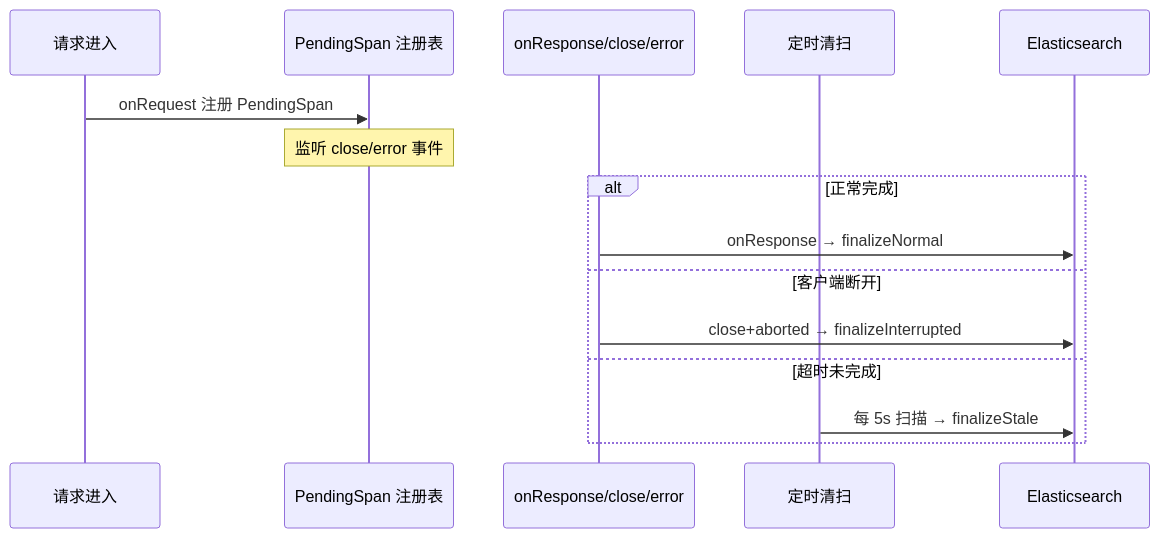
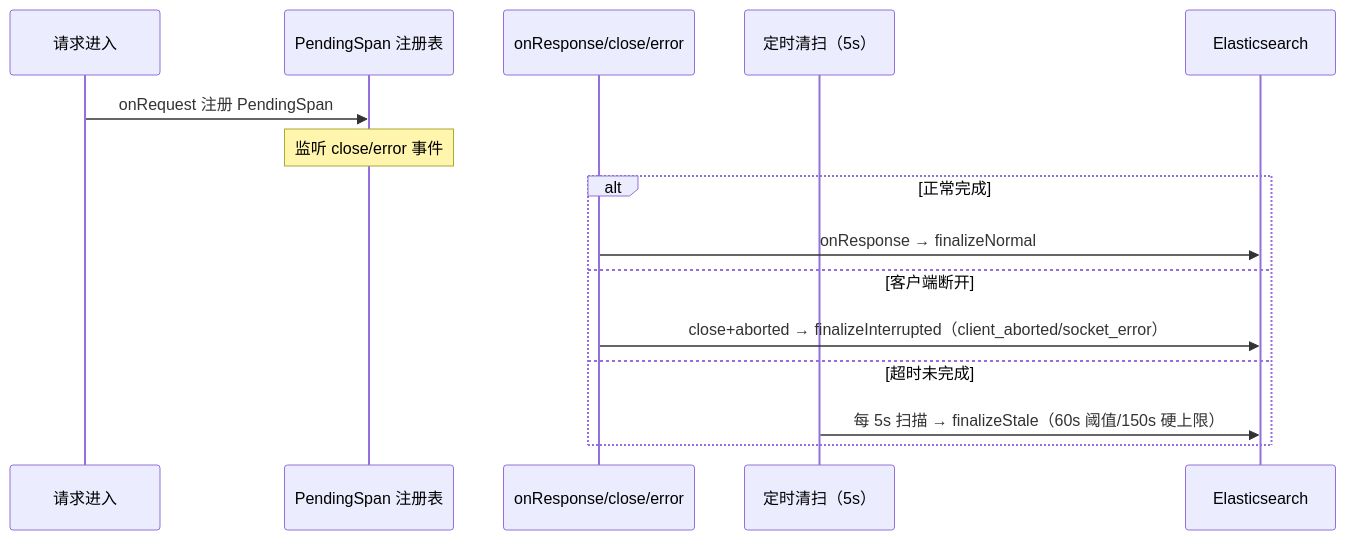
Before and after one commit to GGwujun/deep-dive-winmatrix: the third of 3 diagrams in src/part3-api/ch07-rest-api.md, drawn with Mermaid. The commit also changed other lines of this file and 35 other files, not shown here.

````diff
--- a/src/part3-api/ch07-rest-api.md
+++ b/src/part3-api/ch07-rest-api.md
@@ -204,19 +646,19 @@
 ```mermaid
 sequenceDiagram
     participant Req as 请求进入
     participant Reg as PendingSpan 注册表
     participant Hook as onResponse/close/error
-    participant Sweep as 定时清扫
+    participant Sweep as 定时清扫（5s）
     participant ES as Elasticsearch
 
     Req->>Reg: onRequest 注册 PendingSpan
     Note over Reg: 监听 close/error 事件
 
     alt 正常完成
         Hook->>ES: onResponse → finalizeNormal
     else 客户端断开
-        Hook->>ES: close+aborted → finalizeInterrupted
+        Hook->>ES: close+aborted → finalizeInterrupted（client_aborted/socket_error）
     else 超时未完成
-        Sweep->>ES: 每 5s 扫描 → finalizeStale
+        Sweep->>ES: 每 5s 扫描 → finalizeStale（60s 阈值/150s 硬上限）
     end
 ```
````
